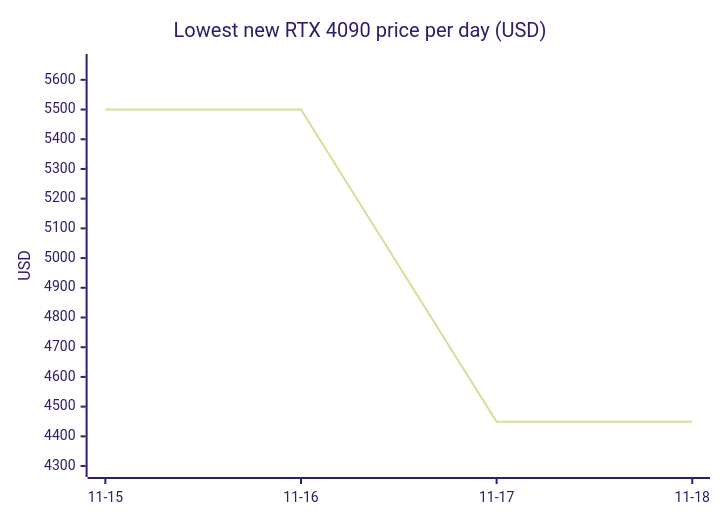
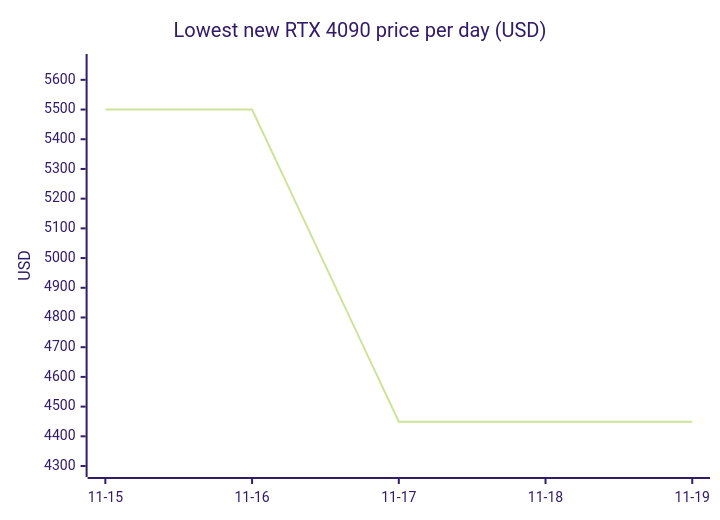
The seventh of 18 diagrams in README.md (7324136828/4tb_ssd_price_watch), drawn with Mermaid (forest theme) before and after one commit. The commit also changed other lines of this file, not shown here.

````diff
--- a/README.md
+++ b/README.md
@@ -671,7 +728,7 @@
 ```mermaid
 xychart-beta
     title "Lowest new RTX 4090 price per day (USD)"
-    x-axis ["11-15", "11-16", "11-17", "11-18"]
+    x-axis ["11-15", "11-16", "11-17", "11-18", "11-19"]
     y-axis "USD" 4290 --> 5660
-    line [5500.00, 5500.00, 4449.00, 4449.00]
+    line [5500.00, 5500.00, 4449.00, 4449.00, 4449.00]
 ```
````
